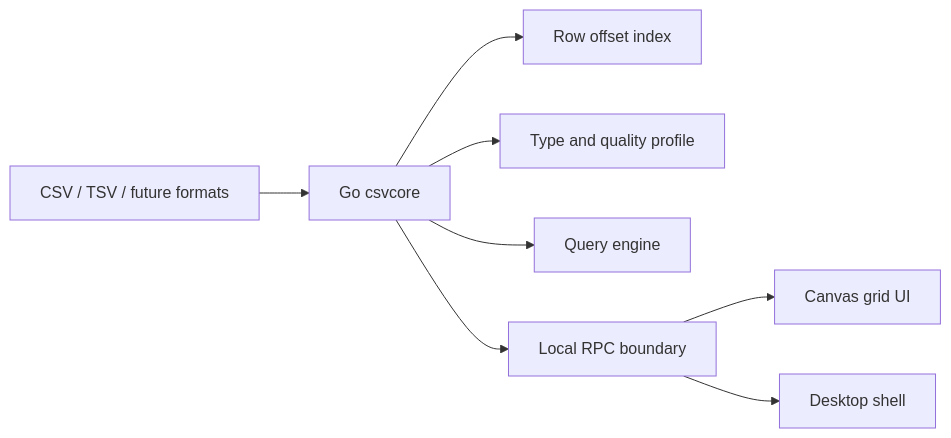
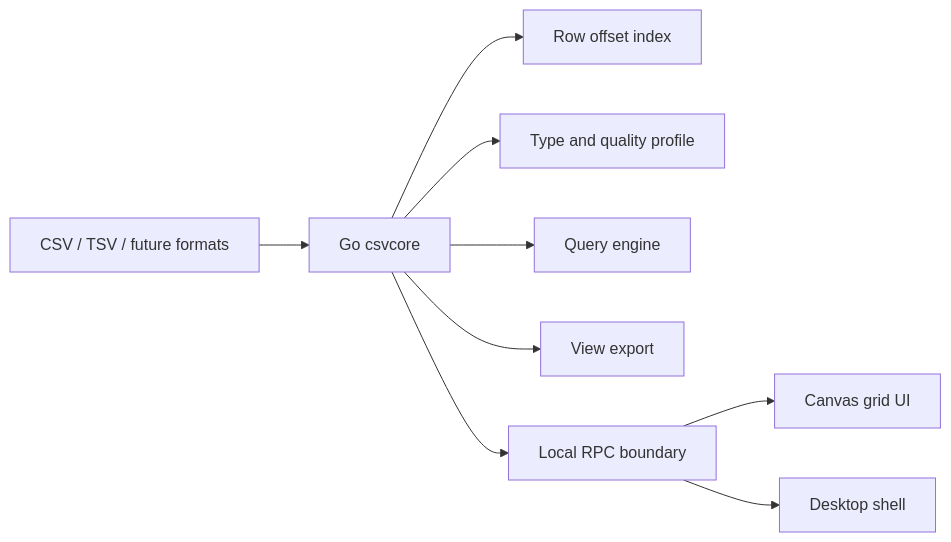
The diagram in docs/architecture.md (godlaugh/opencsv-go), drawn with Mermaid before and after one commit. The commit also changed other lines of this file and 11 other files, not shown here.

Commit message:
Add current view export

````diff
--- a/docs/architecture.md
+++ b/docs/architecture.md
@@ -7,10 +7,11 @@
 ```mermaid
 flowchart LR
   File["CSV / TSV / future formats"] --> Core["Go csvcore"]
   Core --> Index["Row offset index"]
   Core --> Profile["Type and quality profile"]
   Core --> Query["Query engine"]
+  Core --> Export["View export"]
   Core --> RPC["Local RPC boundary"]
   RPC --> Grid["Canvas grid UI"]
   RPC --> Shell["Desktop shell"]
 ```
````
